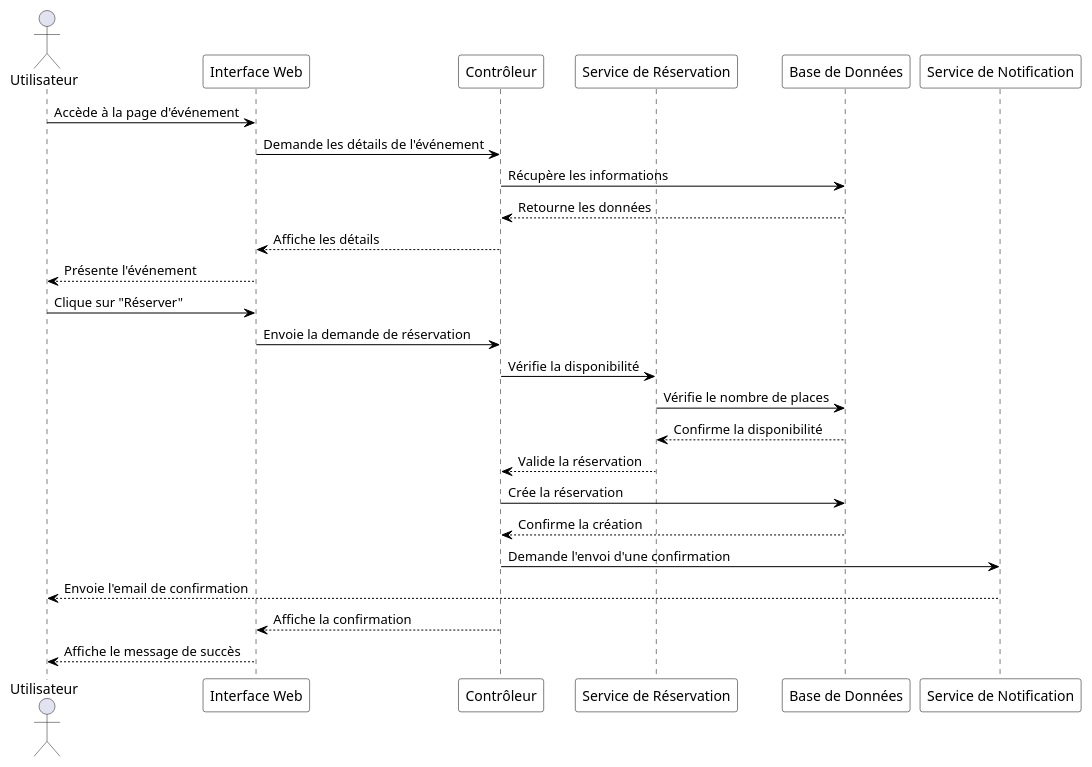
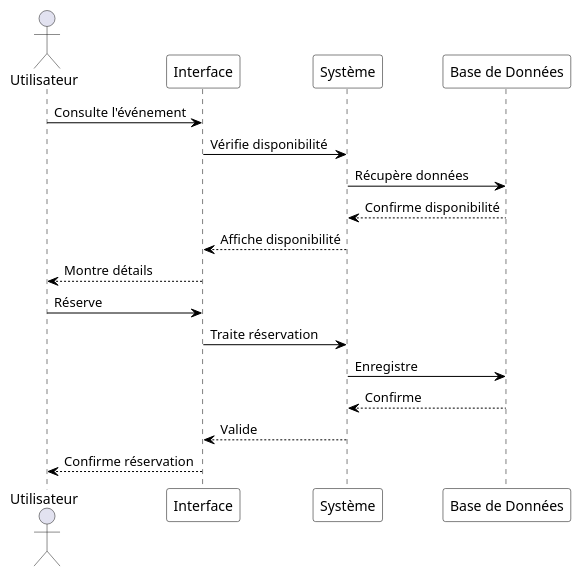
One commit to WassimEloued/camping_site changed the diagram in docs/uml/sequence-diagram.puml. Above: the diagram before and after it, drawn with PlantUML. The commit also changed 5 other files, not shown here.

```diff
--- a/docs/uml/sequence-diagram.puml
+++ b/docs/uml/sequence-diagram.puml
@@ -1,41 +1,32 @@
 @startuml Diagramme de Séquence - Processus de Réservation
 
 ' Style settings
 skinparam sequence {
     ArrowColor Black
     LifeLineBorderColor Black
     ParticipantBorderColor Black
     ParticipantBackgroundColor White
 }
 
 ' Participants
 actor "Utilisateur" as user
-participant "Interface Web" as web
-participant "Contrôleur" as controller
-participant "Service de Réservation" as service
+participant "Interface" as web
+participant "Système" as system
 participant "Base de Données" as db
-participant "Service de Notification" as notification
 
-' Séquence
-user -> web: Accède à la page d'événement
-web -> controller: Demande les détails de l'événement
-controller -> db: Récupère les informations
-db --> controller: Retourne les données
-controller --> web: Affiche les détails
-web --> user: Présente l'événement
+' Séquence simplifiée
+user -> web: Consulte l'événement
+web -> system: Vérifie disponibilité
+system -> db: Récupère données
+db --> system: Confirme disponibilité
+system --> web: Affiche disponibilité
+web --> user: Montre détails
 
-user -> web: Clique sur "Réserver"
-web -> controller: Envoie la demande de réservation
-controller -> service: Vérifie la disponibilité
-service -> db: Vérifie le nombre de places
-db --> service: Confirme la disponibilité
-service --> controller: Valide la réservation
-
-controller -> db: Crée la réservation
-db --> controller: Confirme la création
-controller -> notification: Demande l'envoi d'une confirmation
-notification --> user: Envoie l'email de confirmation
-controller --> web: Affiche la confirmation
-web --> user: Affiche le message de succès
+user -> web: Réserve
+web -> system: Traite réservation
+system -> db: Enregistre
+db --> system: Confirme
+system --> web: Valide
+web --> user: Confirme réservation
 
 @enduml 
```
